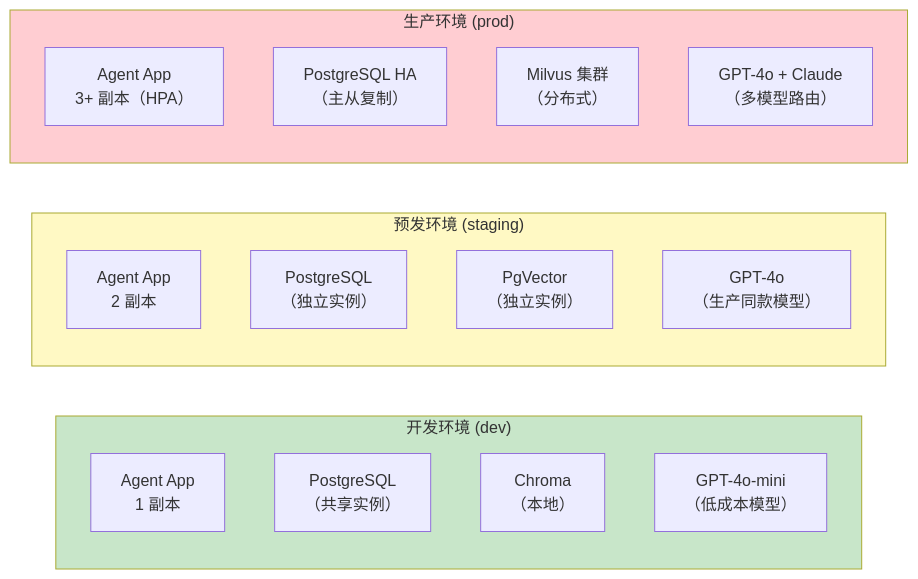
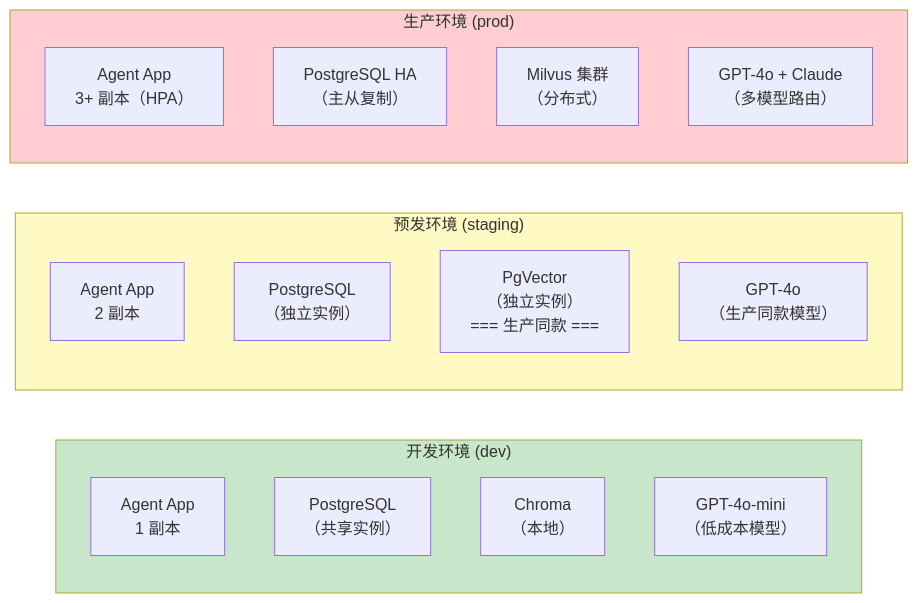
Before and after one commit to UranusGit/java-agent-learn: the third of 8 diagrams in docs/教程/28-部署与运维.md, drawn with Mermaid. The commit also changed other lines of this file and 206 other files, not shown here.

````diff
--- a/docs/教程/28-部署与运维.md
+++ b/docs/教程/28-部署与运维.md
@@ -514,27 +513,27 @@
 ```mermaid
 graph LR
     subgraph DEV["开发环境 (dev)"]
         D_APP["Agent App<br/>1 副本"]
         D_DB["PostgreSQL<br/>（共享实例）"]
         D_VEC["Chroma<br/>（本地）"]
         D_LLM["GPT-4o-mini<br/>（低成本模型）"]
     end
 
     subgraph STAGING["预发环境 (staging)"]
         S_APP["Agent App<br/>2 副本"]
         S_DB["PostgreSQL<br/>（独立实例）"]
-        S_VEC["PgVector<br/>（独立实例）"]
+        S_VEC["PgVector<br/>（独立实例）<br/>=== 生产同款 ==="]
         S_LLM["GPT-4o<br/>（生产同款模型）"]
     end
 
     subgraph PROD["生产环境 (prod)"]
         P_APP["Agent App<br/>3+ 副本（HPA）"]
         P_DB["PostgreSQL HA<br/>（主从复制）"]
         P_VEC["Milvus 集群<br/>（分布式）"]
         P_LLM["GPT-4o + Claude<br/>（多模型路由）"]
     end
 
     style DEV fill:#c8e6c9
     style STAGING fill:#fff9c4
     style PROD fill:#ffcdd2
 ```
````
